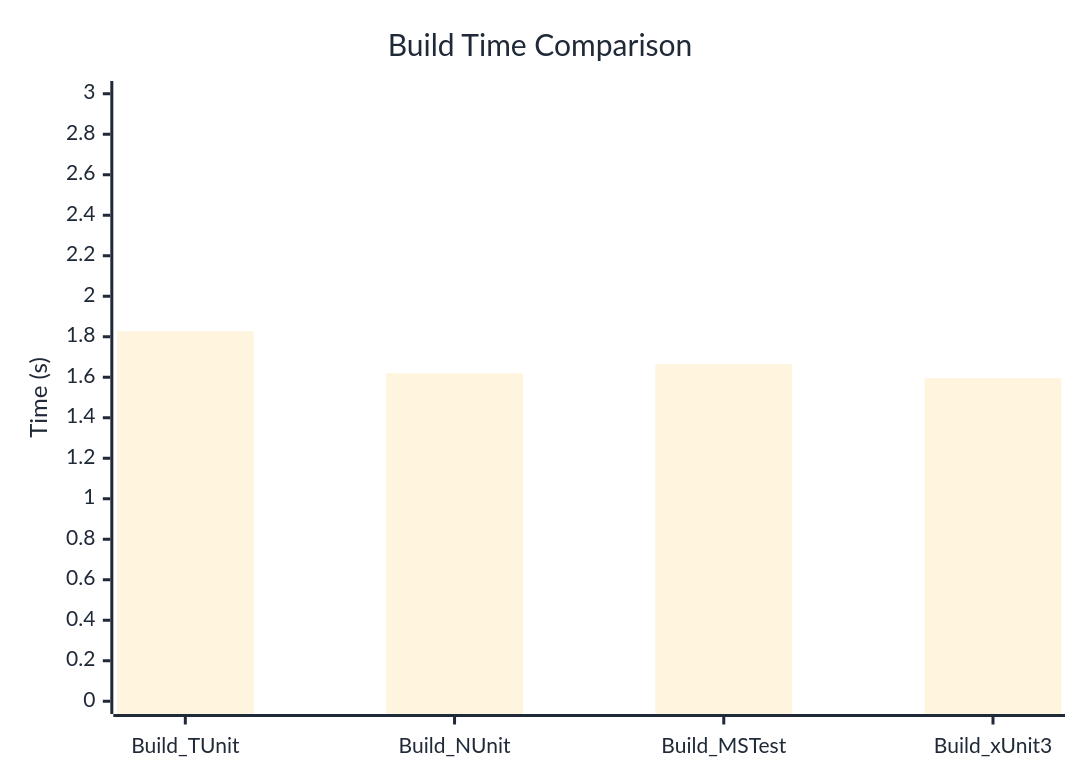
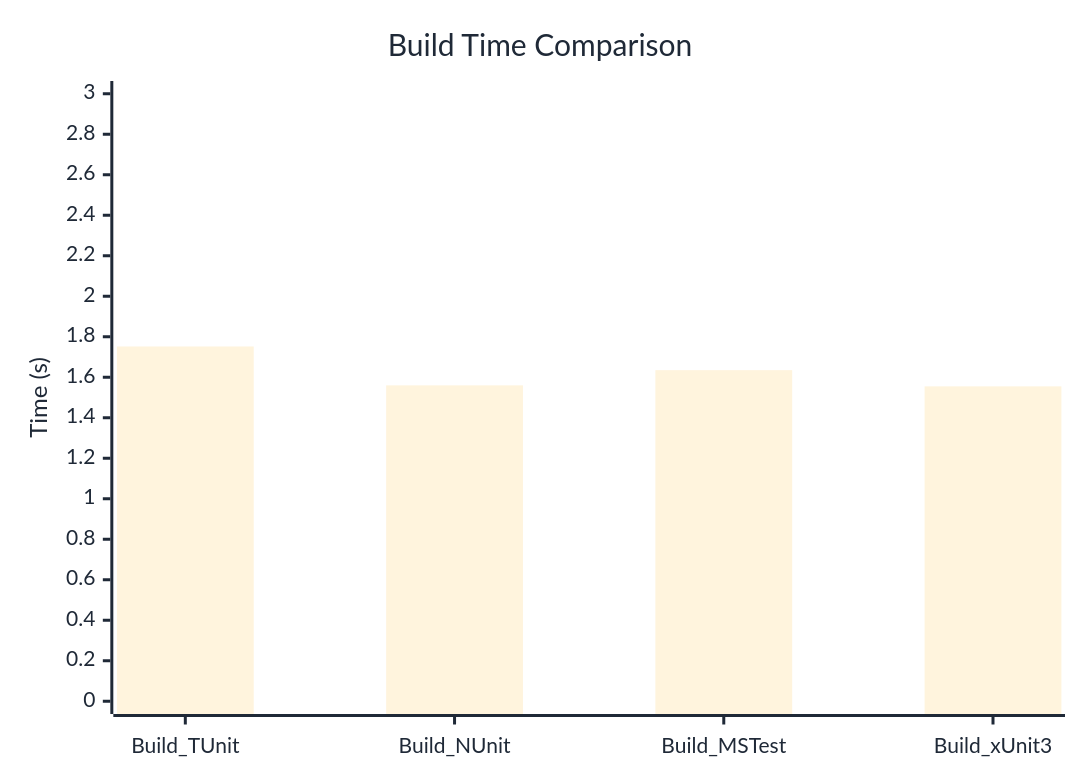
The diagram in docs/docs/benchmarks/BuildTime.md (thomhurst/TUnit), drawn with Mermaid before and after one commit. The commit also changed other lines of this file and 17 other files, not shown here.

````diff
--- a/docs/docs/benchmarks/BuildTime.md
+++ b/docs/docs/benchmarks/BuildTime.md
@@ -28,37 +28,37 @@
 ```mermaid
 %%{init: {
   'theme':'base',
   'themeVariables': {
     'primaryColor': '#2563eb',
     'primaryTextColor': '#1f2937',
     'primaryBorderColor': '#1e40af',
     'lineColor': '#6b7280',
     'secondaryColor': '#7c3aed',
     'tertiaryColor': '#dc2626',
     'background': '#ffffff',
     'mainBkg': '#2563eb',
     'secondBkg': '#7c3aed',
     'tertiaryBkg': '#dc2626',
     'clusterBkg': '#f3f4f6',
     'edgeLabelBackground': '#ffffff',
     'tertiaryTextColor': '#1f2937',
     'pie1': '#2563eb',
     'pie2': '#7c3aed',
     'pie3': '#dc2626',
     'pie4': '#f59e0b',
     'pie5': '#10b981',
     'pie6': '#06b6d4',
     'pie7': '#ec4899',
     'pie8': '#6366f1',
     'pie9': '#84cc16',
     'pie10': '#f97316',
     'pie11': '#14b8a6',
     'pie12': '#a855f7'
   }
 }}%%
 xychart-beta
   title "Build Time Comparison"
   x-axis ["Build_TUnit", "Build_NUnit", "Build_MSTest", "Build_xUnit3"]
   y-axis "Time (s)" 0 --> 3
-  bar [1.827, 1.62, 1.664, 1.596]
+  bar [1.752, 1.56, 1.635, 1.555]
 ```
````
